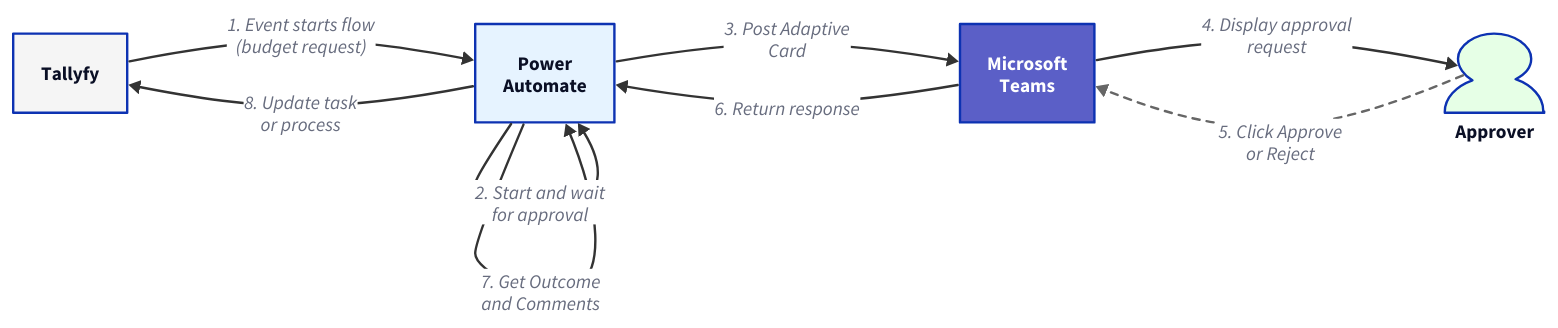
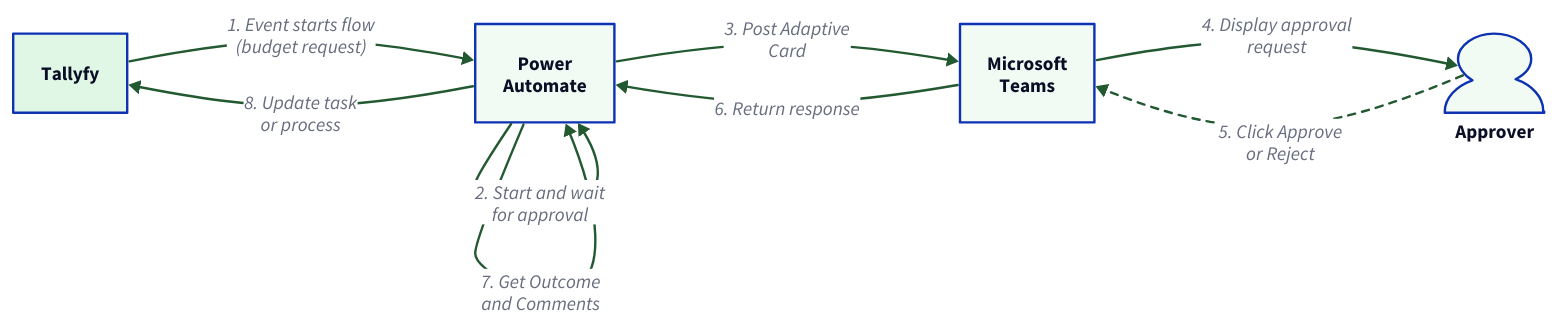
One commit to tallyfy/documentation changed the diagram in src/content/docs/pro/integrations/middleware/power-automate/integrating-power-automate-approvals-with-microsoft-teams.mdx. Above: the diagram before and after it, drawn with D2. The commit also changed 66 other files, not shown here.

````diff
--- a/src/content/docs/pro/integrations/middleware/power-automate/integrating-power-automate-approvals-with-microsoft-teams.mdx
+++ b/src/content/docs/pro/integrations/middleware/power-automate/integrating-power-automate-approvals-with-microsoft-teams.mdx
@@ -73,60 +73,59 @@
 ```d2
 direction: right
 
 Tallyfy: "Tallyfy" {
   shape: rectangle
-  style.fill: "#f5f5f5"
+  style.fill: "#e1f7e6"
 }
 
 PA: "Power\nAutomate" {
   shape: rectangle
-  style.fill: "#e6f3ff"
+  style.fill: "#f2faf4"
 }
 
 Teams: "Microsoft\nTeams" {
   shape: rectangle
-  style.fill: "#5b5fc7"
-  style.font-color: "#fff"
+  style.fill: "#f2faf4"
 }
 
 Approver: "Approver" {
   shape: person
-  style.fill: "#e6ffe6"
+  style.fill: "#f2faf4"
 }
 
 # Budget Approval Request Flow
 Tallyfy -> PA: "1. Event starts flow\n(budget request)" {
-  style.stroke: "#333"
+  style.stroke: "#225930"
 }
 
 PA -> PA: "2. Start and wait\nfor approval" {
-  style.stroke: "#333"
+  style.stroke: "#225930"
 }
 
 PA -> Teams: "3. Post Adaptive\nCard" {
-  style.stroke: "#333"
+  style.stroke: "#225930"
 }
 
 Teams -> Approver: "4. Display approval\nrequest" {
-  style.stroke: "#333"
+  style.stroke: "#225930"
 }
 
 # Flow paused waiting for response
 Approver -> Teams: "5. Click Approve\nor Reject" {
-  style.stroke: "#666"
+  style.stroke: "#225930"
   style.stroke-dash: 3
 }
 
 Teams -> PA: "6. Return response" {
-  style.stroke: "#333"
+  style.stroke: "#225930"
 }
 
 PA -> PA: "7. Get Outcome\nand Comments" {
-  style.stroke: "#333"
+  style.stroke: "#225930"
 }
 
 PA -> Tallyfy: "8. Update task\nor process" {
-  style.stroke: "#333"
+  style.stroke: "#225930"
   style.stroke-width: 2
 }
 ```
````
